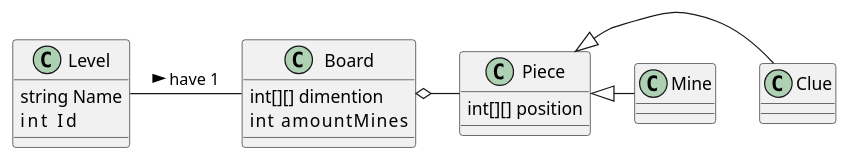
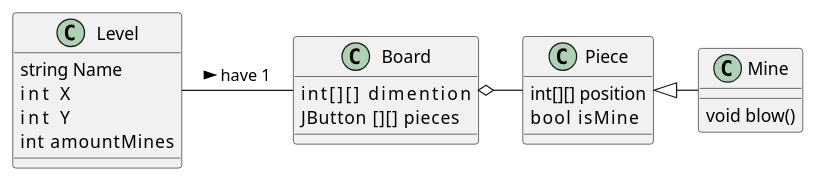
The diagram in Documentation/ClassDiagram.puml (Andrea-Orozco/minesField), drawn with PlantUML before and after one commit.

Commit message:
Cambios en la documentacion

```diff
--- a/Documentation/ClassDiagram.puml
+++ b/Documentation/ClassDiagram.puml
@@ -1,21 +1,25 @@
 @startuml minesfield
 class Level {
     string Name
-    int    Id
+    int    X
+    int    Y
+    int    amountMines
 }
 class Board {
-    int[][] dimention
-    int     amountMines
+    int[][]         dimention
+    JButton [][]    pieces
 }
 class Piece {
     int[][] position
+    bool    isMine
 }
-class Clue
 class Mine
+{
+    void blow()
+}
 
 
 Level - Board : have 1 >
 Board o- Piece
-Piece ^- Clue
 Piece ^- Mine
 @enduml
```
